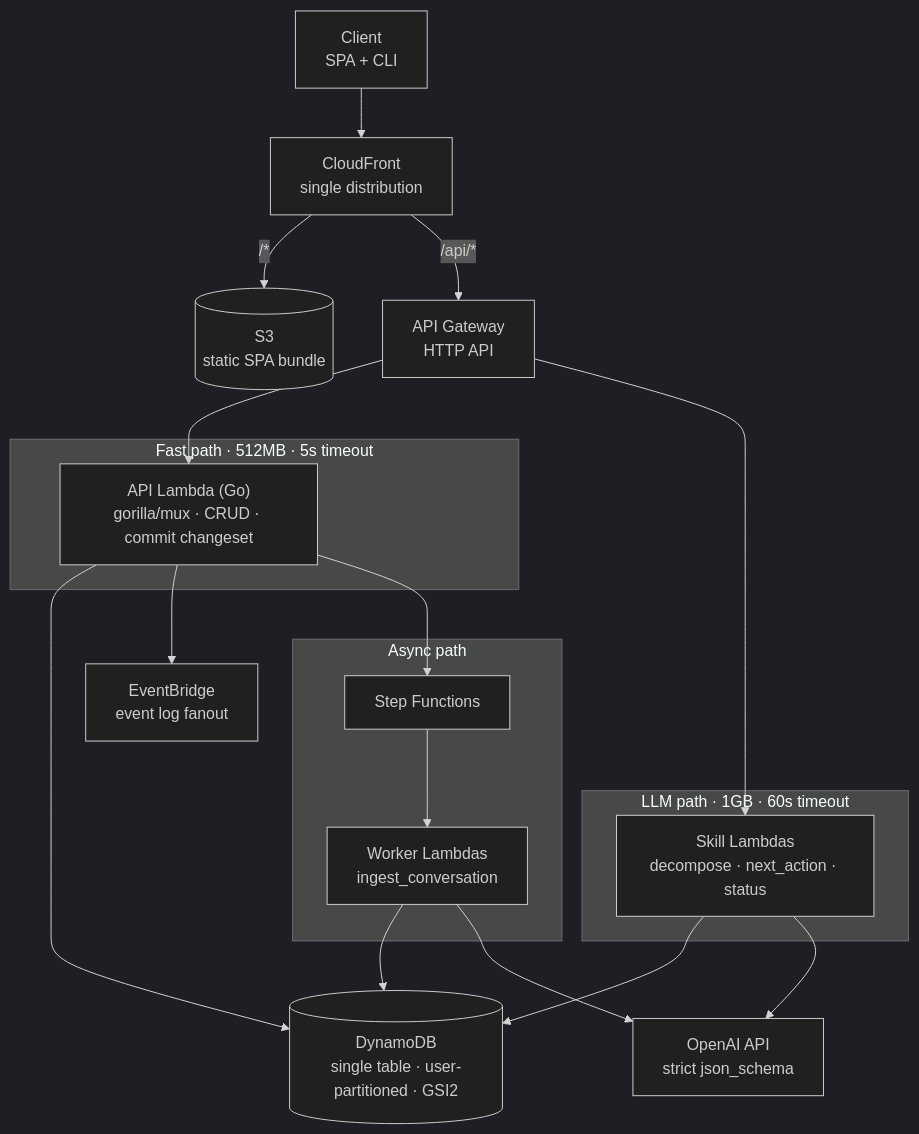
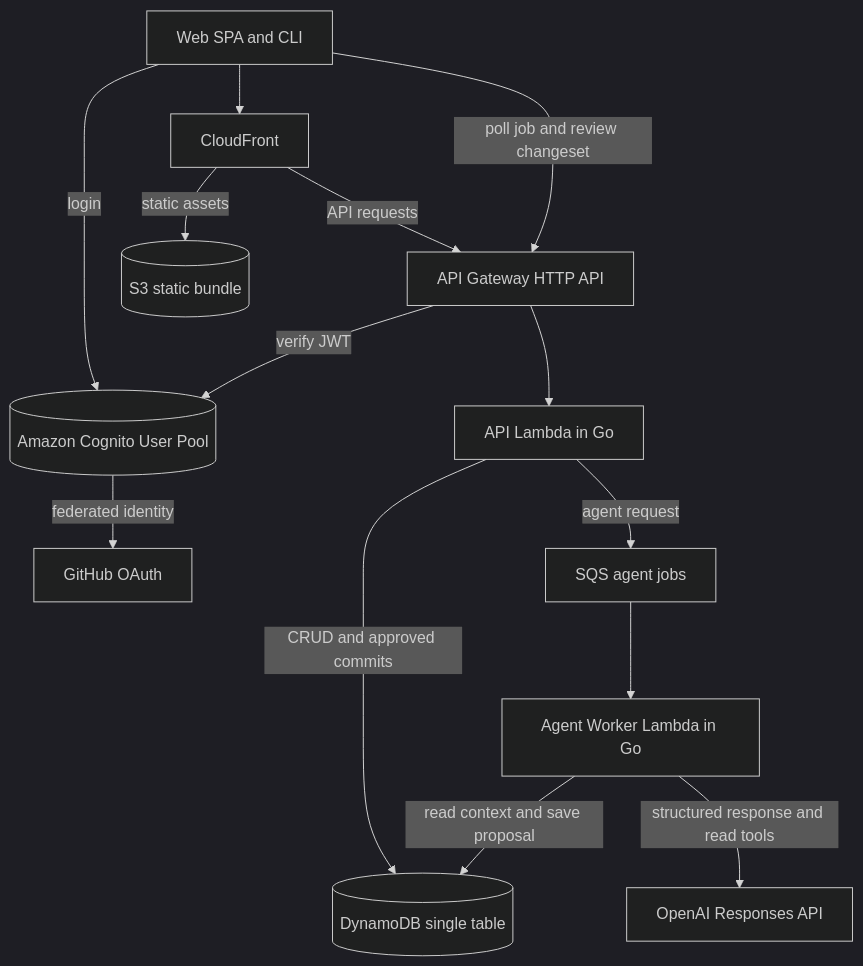
The first of 2 diagrams in architecture.md (esvarez/lucas-assist), drawn with Mermaid (dark theme) before and after one commit. The commit also changed other lines of this file, not shown here.

First line of the commit message:
docs: adopt Amazon Cognito as identity and token provider (#79)

````diff
--- a/architecture.md
+++ b/architecture.md
@@ -11,37 +15,28 @@
 ```mermaid
 flowchart TB
-    Client["Client<br/>SPA + CLI"]
-    CF["CloudFront<br/>single distribution"]
-    S3[("S3<br/>static SPA bundle")]
-    APIGW["API Gateway<br/>HTTP API"]
+    Client["Web SPA and CLI"]
+    CF["CloudFront"]
+    S3[("S3 static bundle")]
+    APIGW["API Gateway HTTP API"]
+    API["API Lambda in Go"]
+    Queue["SQS agent jobs"]
+    Worker["Agent Worker Lambda in Go"]
+    DDB[("DynamoDB single table")]
+    OAI["OpenAI Responses API"]
+    Cognito[("Amazon Cognito User Pool")]
+    GitHub["GitHub OAuth"]
 
+    Client -->|"login"| Cognito
+    Cognito -->|"federated identity"| GitHub
     Client --> CF
-    CF -->|"/*"| S3
-    CF -->|"/api/*"| APIGW
+    CF -->|"static assets"| S3
+    CF -->|"API requests"| APIGW
+    APIGW -->|"verify JWT"| Cognito
     APIGW --> API
-    APIGW --> Skills
-
-    subgraph fast["Fast path · 512MB · 5s timeout"]
-        API["API Lambda (Go)<br/>gorilla/mux · CRUD · commit changeset"]
-    end
-
-    subgraph slow["LLM path · 1GB · 60s timeout"]
-        Skills["Skill Lambdas<br/>decompose · next_action · status"]
-    end
-
-    subgraph async["Async path"]
-        SFN["Step Functions"] --> Worker["Worker Lambdas<br/>ingest_conversation"]
-    end
-
-    API --> DDB
-    API --> EB
-    API --> SFN
-    Skills --> DDB
-    Skills --> OAI
-    Worker --> DDB
-    Worker --> OAI
-
-    DDB[("DynamoDB<br/>single table · user-partitioned · GSI2")]
-    OAI["OpenAI API<br/>strict json_schema"]
-    EB["EventBridge<br/>event log fanout"]
+    API -->|"CRUD and approved commits"| DDB
+    API -->|"agent request"| Queue
+    Queue --> Worker
+    Worker -->|"read context and save proposal"| DDB
+    Worker -->|"structured response and read tools"| OAI
+    Client -->|"poll job and review changeset"| APIGW
 ```
````
